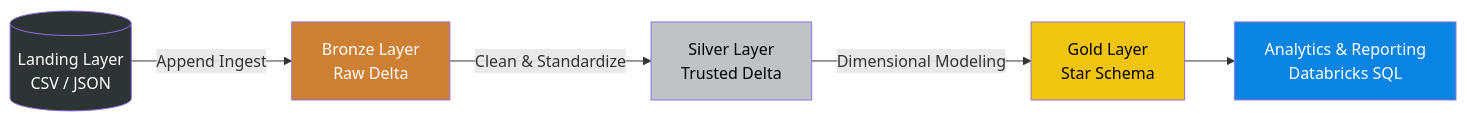
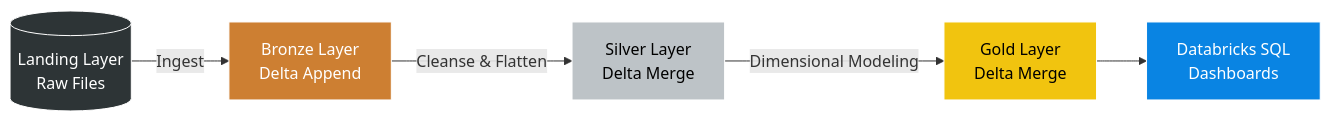
One commit to Ganateja19/Formula1-project-incremental-load changed the first of 2 diagrams in README.md. Above: the diagram before and after it, drawn with Mermaid. The commit also changed other lines of this file, not shown here.

````diff
--- a/README.md
+++ b/README.md
@@ -17,13 +29,13 @@
 ```mermaid
 graph LR
-    A[(Landing Layer<br>CSV / JSON)] -->|Append Ingest| B[Bronze Layer<br>Raw Delta]
-    B -->|Clean & Standardize| C[Silver Layer<br>Trusted Delta]
-    C -->|Dimensional Modeling| D[Gold Layer<br>Star Schema]
-    D --> E[Analytics & Reporting<br>Databricks SQL]
+    A[(Landing Layer<br>Raw Files)] -->|Ingest| B[Bronze Layer<br>Delta Append]
+    B -->|Cleanse & Flatten| C[Silver Layer<br>Delta Merge]
+    C -->|Dimensional Modeling| D[Gold Layer<br>Delta Merge]
+    D --> E[Databricks SQL<br>Dashboards]
     
-    style A fill:#2d3436,color:#fff
-    style B fill:#cd7f32,color:#fff
-    style C fill:#bdc3c7,color:#000
-    style D fill:#f1c40f,color:#000
-    style E fill:#0984e3,color:#fff
+    style A fill:#2d3436,color:#fff,stroke:#fff
+    style B fill:#cd7f32,color:#fff,stroke:#fff
+    style C fill:#bdc3c7,color:#000,stroke:#fff
+    style D fill:#f1c40f,color:#000,stroke:#fff
+    style E fill:#0984e3,color:#fff,stroke:#fff
 ```
````
